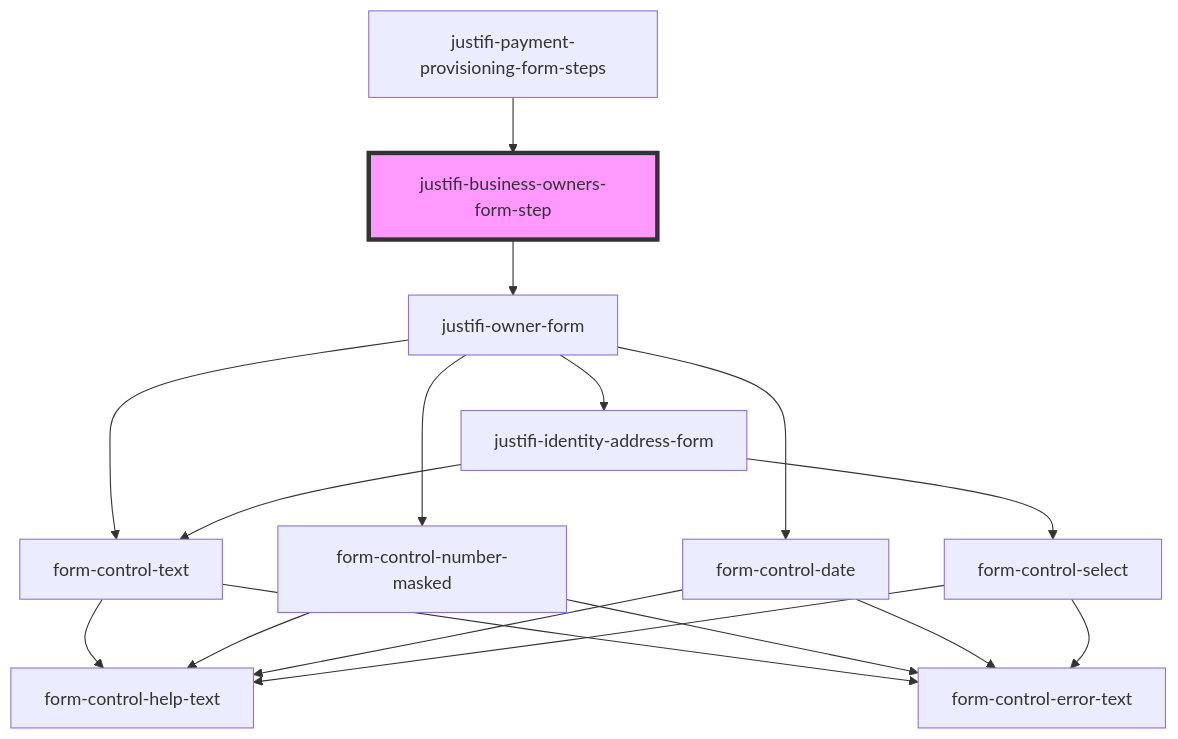
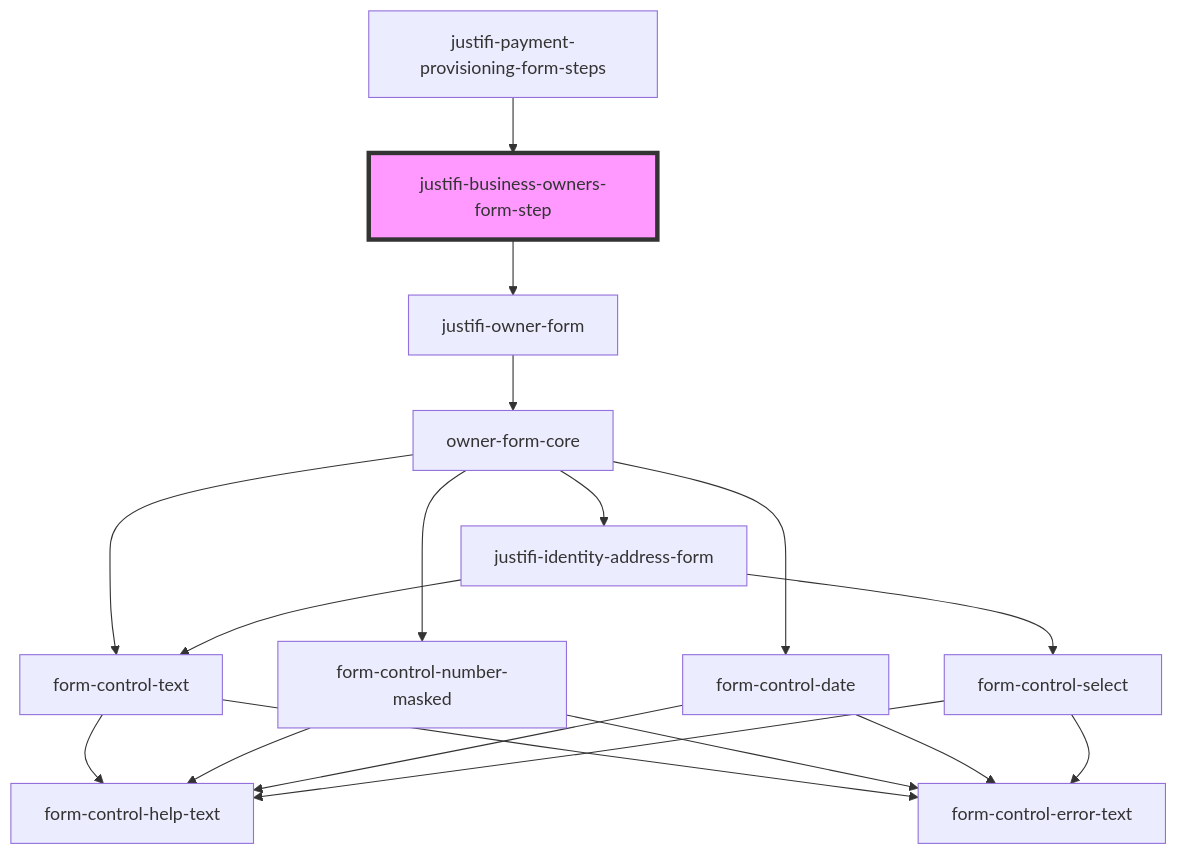
The diagram in packages/webcomponents/src/components/business-forms/payment-provisioning/business-owners/readme.md (justifi-tech/web-component-library), drawn with Mermaid before and after one commit. The commit also changed other lines of this file and 11 other files, not shown here.

Commit message:
Begin refactoring owner form into core component structure

````diff
--- a/packages/webcomponents/src/components/business-forms/payment-provisioning/business-owners/readme.md
+++ b/packages/webcomponents/src/components/business-forms/payment-provisioning/business-owners/readme.md
@@ -57,20 +57,21 @@
 ```mermaid
 graph TD;
   justifi-business-owners-form-step --> justifi-owner-form
-  justifi-owner-form --> form-control-text
-  justifi-owner-form --> form-control-number-masked
-  justifi-owner-form --> form-control-date
-  justifi-owner-form --> justifi-identity-address-form
+  justifi-owner-form --> owner-form-core
+  owner-form-core --> form-control-text
+  owner-form-core --> form-control-number-masked
+  owner-form-core --> form-control-date
+  owner-form-core --> justifi-identity-address-form
   form-control-text --> form-control-help-text
   form-control-text --> form-control-error-text
   form-control-number-masked --> form-control-help-text
   form-control-number-masked --> form-control-error-text
   form-control-date --> form-control-help-text
   form-control-date --> form-control-error-text
   justifi-identity-address-form --> form-control-text
   justifi-identity-address-form --> form-control-select
   form-control-select --> form-control-help-text
   form-control-select --> form-control-error-text
   justifi-payment-provisioning-form-steps --> justifi-business-owners-form-step
   style justifi-business-owners-form-step fill:#f9f,stroke:#333,stroke-width:4px
 ```
````
